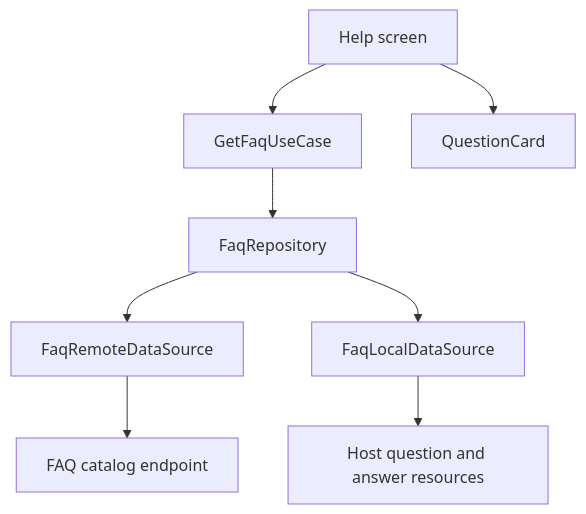
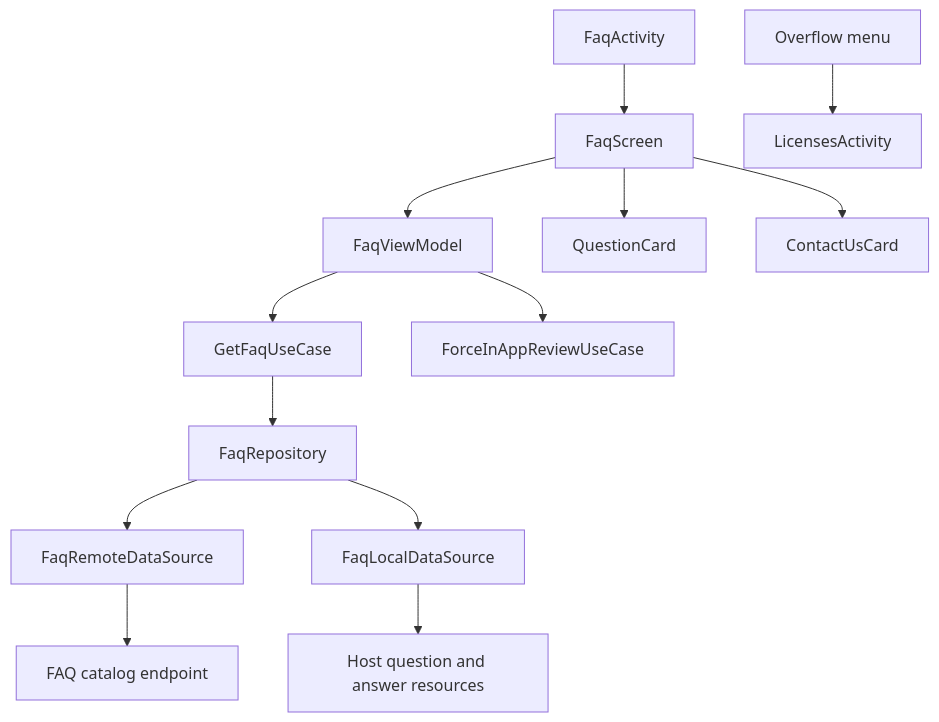
Before and after one commit to MihaiCristianCondrea/App-Toolkit-for-Android: the diagram in library/feature/faq/README.md, drawn with Mermaid. The commit also changed other lines of this file and 118 other files, not shown here.

First line of the commit message:
refactor(faq): absorb :library:feature:help and rename the settings list screens

````diff
--- a/library/feature/faq/README.md
+++ b/library/feature/faq/README.md
@@ -37,10 +81,15 @@
 ```mermaid
 flowchart TD
-    Help[Help screen] --> UseCase[GetFaqUseCase]
+    Screen[FaqScreen] --> VM[FaqViewModel]
+    Activity[FaqActivity] --> Screen
+    VM --> UseCase[GetFaqUseCase]
     UseCase --> Repo[FaqRepository]
     Repo --> Remote[FaqRemoteDataSource]
     Remote --> Catalog[FAQ catalog endpoint]
     Repo --> Local[FaqLocalDataSource]
     Local --> Resources[Host question and answer resources]
-    Help --> Card[QuestionCard]
+    Screen --> Card[QuestionCard]
+    Screen --> Contact[ContactUsCard]
+    VM --> Review[ForceInAppReviewUseCase]
+    Menu[Overflow menu] --> Licenses[LicensesActivity]
 ```
````
